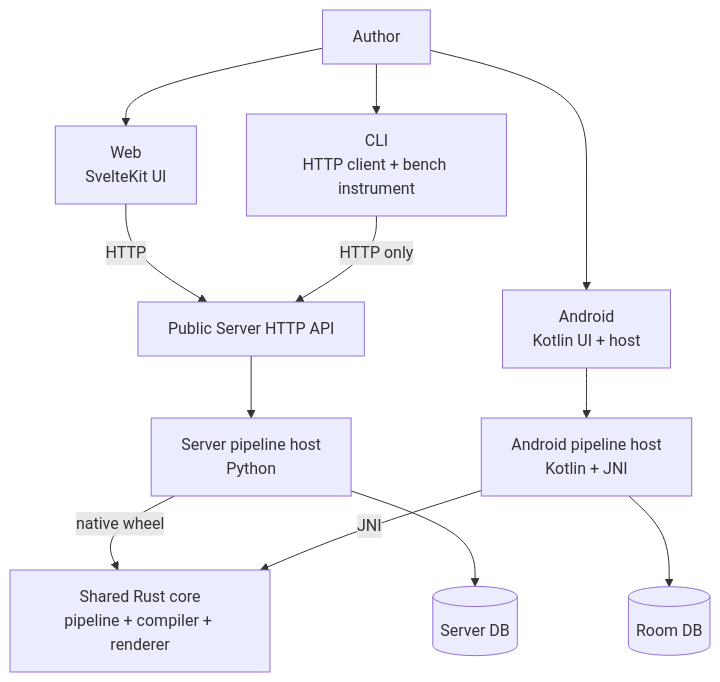
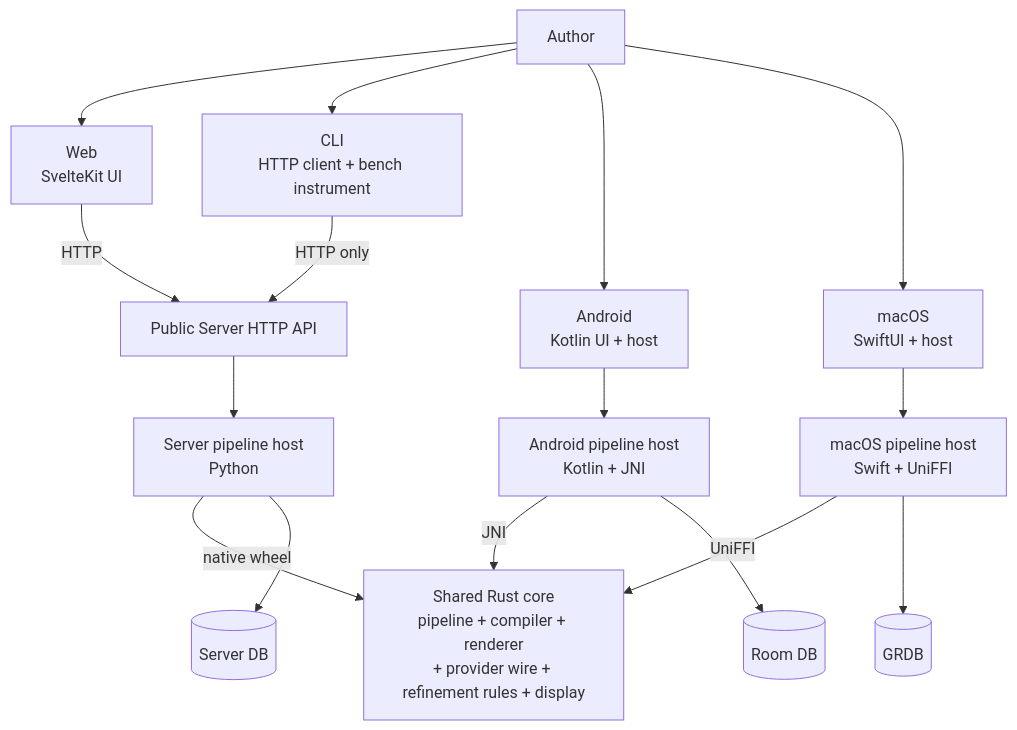
The first of 2 diagrams in docs/architecture/client-boundaries.md (oikawas/inku-lang), drawn with Mermaid before and after one commit. The commit also changed other lines of this file and 27 other files, not shown here.

First line of the commit message:
Bring the architecture documents up to the current core

````diff
--- a/docs/architecture/client-boundaries.md
+++ b/docs/architecture/client-boundaries.md
@@ -5,25 +5,32 @@
 ```mermaid
 flowchart TB
     USER["Author"]
     WEB["Web\nSvelteKit UI"]
     CLI["CLI\nHTTP client + bench instrument"]
     ANDROID["Android\nKotlin UI + host"]
+    MACOS["macOS\nSwiftUI + host"]
     API["Public Server HTTP API"]
     SERVER_HOST["Server pipeline host\nPython"]
     ANDROID_HOST["Android pipeline host\nKotlin + JNI"]
-    CORE["Shared Rust core\npipeline + compiler + renderer"]
+    MACOS_HOST["macOS pipeline host\nSwift + UniFFI"]
+    CORE["Shared Rust core\npipeline + compiler + renderer\n+ provider wire + refinement rules + display"]
     SERVER_DB[("Server DB")]
     ROOM[("Room DB")]
+    GRDB[("GRDB")]
 
     USER --> WEB
     USER --> CLI
     USER --> ANDROID
+    USER --> MACOS
     WEB -->|"HTTP"| API
     CLI -->|"HTTP only"| API
     API --> SERVER_HOST
     SERVER_HOST -->|"native wheel"| CORE
     ANDROID --> ANDROID_HOST
     ANDROID_HOST -->|"JNI"| CORE
+    MACOS --> MACOS_HOST
+    MACOS_HOST -->|"UniFFI"| CORE
     SERVER_HOST --> SERVER_DB
     ANDROID_HOST --> ROOM
+    MACOS_HOST --> GRDB
 ```
````
